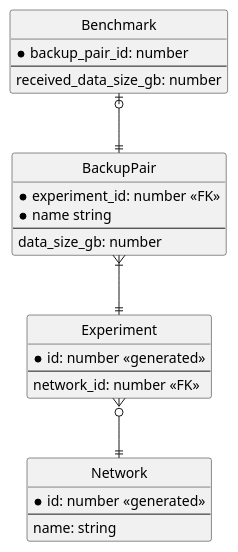
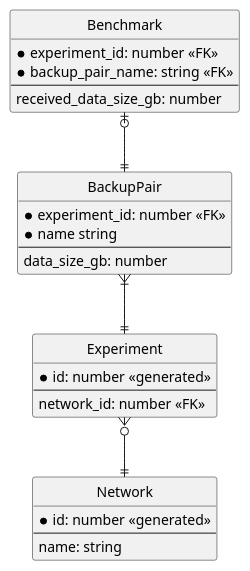
One commit to TOMOFUMI-KONDO/disaster-resistant-network changed the diagram in db/ER-diagram.puml. Above: the diagram before and after it, drawn with PlantUML. The commit also changed 1 other file, not shown here.

Commit message:
fix: db schema

```diff
--- a/db/ER-diagram.puml
+++ b/db/ER-diagram.puml
@@ -1,35 +1,36 @@
 @startuml
 
 hide circle
 skinparam linetype ortho
 
 entity Benchmark {
-  *backup_pair_id: number
+  *experiment_id: number <<FK>>
+  *backup_pair_name: string <<FK>>
   --
   received_data_size_gb: number
 }
 
 entity BackupPair {
   *experiment_id: number <<FK>>
   *name string
   --
   data_size_gb: number
 }
 
 entity Experiment {
   *id: number <<generated>>
   --
   network_id: number <<FK>>
 }
 
 entity Network {
   *id: number <<generated>>
   --
   name: string
 }
 
 Benchmark |o--|| BackupPair
 BackupPair }|--|| Experiment
 Experiment }o--|| Network
 
 @enduml
```
